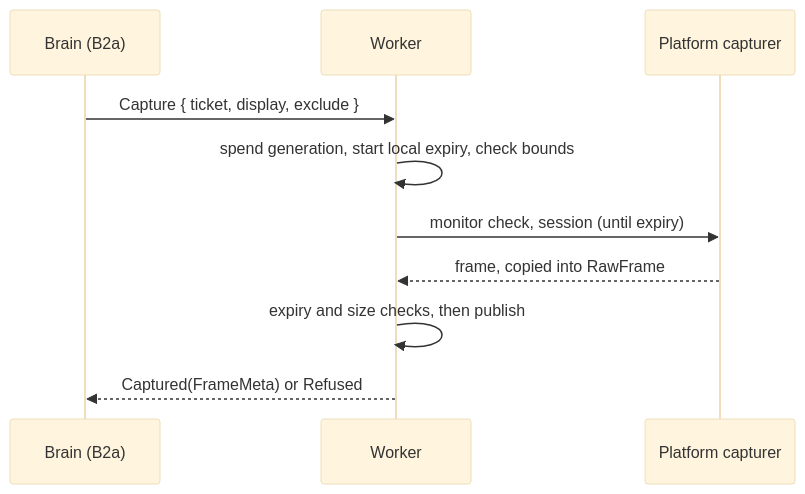
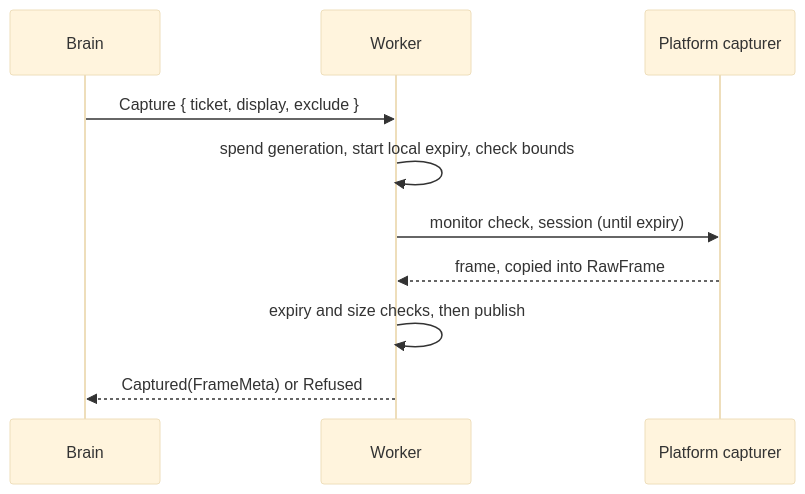
Before and after one commit to labcoder/capsula: the second of 2 diagrams in docs/development/screen.md, drawn with Mermaid (base theme). The commit also changed other lines of this file and 24 other files, not shown here.

````diff
--- a/docs/development/screen.md
+++ b/docs/development/screen.md
@@ -92,12 +91,12 @@
 ```mermaid
 sequenceDiagram
-  participant B as Brain (B2a)
+  participant B as Brain
   participant W as Worker
   participant P as Platform capturer
   B->>W: Capture { ticket, display, exclude }
   W->>W: spend generation, start local expiry, check bounds
   W->>P: monitor check, session (until expiry)
   P-->>W: frame, copied into RawFrame
   W->>W: expiry and size checks, then publish
   W-->>B: Captured(FrameMeta) or Refused
 ```
````
